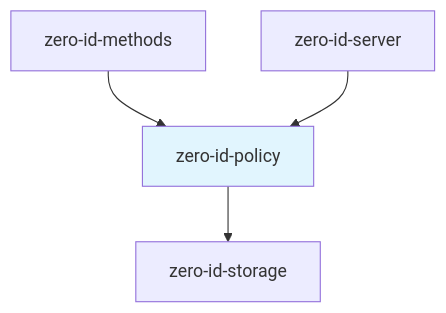
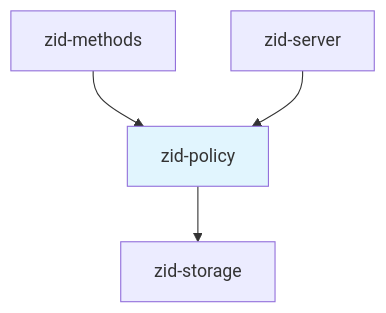
Before and after one commit to cypher-asi/zero-auth: the first of 6 diagrams in docs/spec/v0.1/03-policy.md, drawn with Mermaid. The commit also changed other lines of this file and 240 other files, not shown here.

Commit message:
refactor: shorten crate names from zero-id-* to zid-* prefix

````diff
--- a/docs/spec/v0.1/03-policy.md
+++ b/docs/spec/v0.1/03-policy.md
@@ -25,12 +25,12 @@
 ```mermaid
 graph TD
-    STORAGE[zero-id-storage]
-    POLICY[zero-id-policy]
+    STORAGE[zid-storage]
+    POLICY[zid-policy]
     
     POLICY --> STORAGE
     
-    METHODS[zero-id-methods] --> POLICY
-    SERVER[zero-id-server] --> POLICY
+    METHODS[zid-methods] --> POLICY
+    SERVER[zid-server] --> POLICY
     
     style POLICY fill:#e1f5fe
 ```
````
